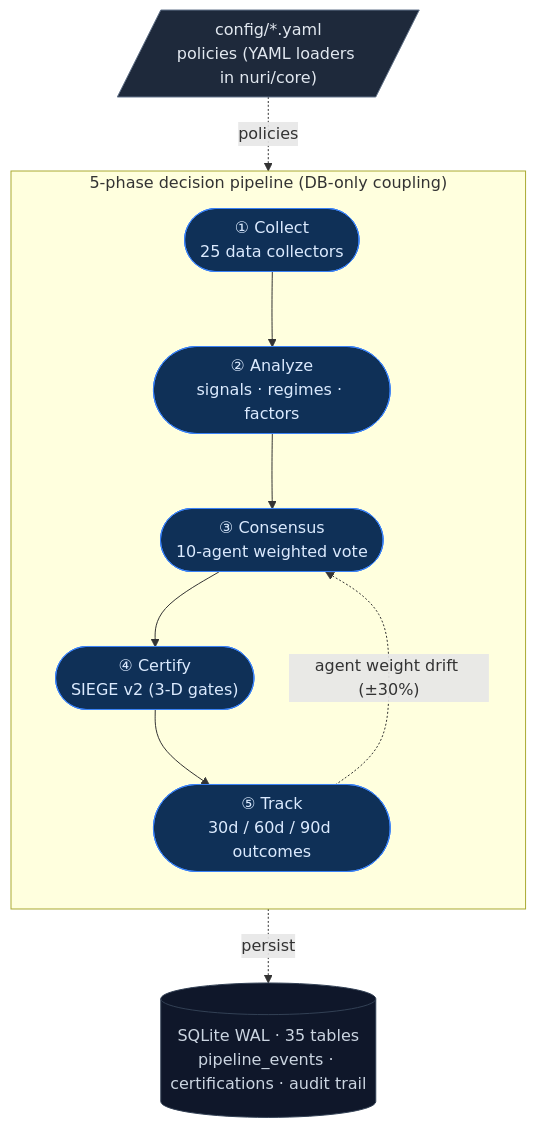
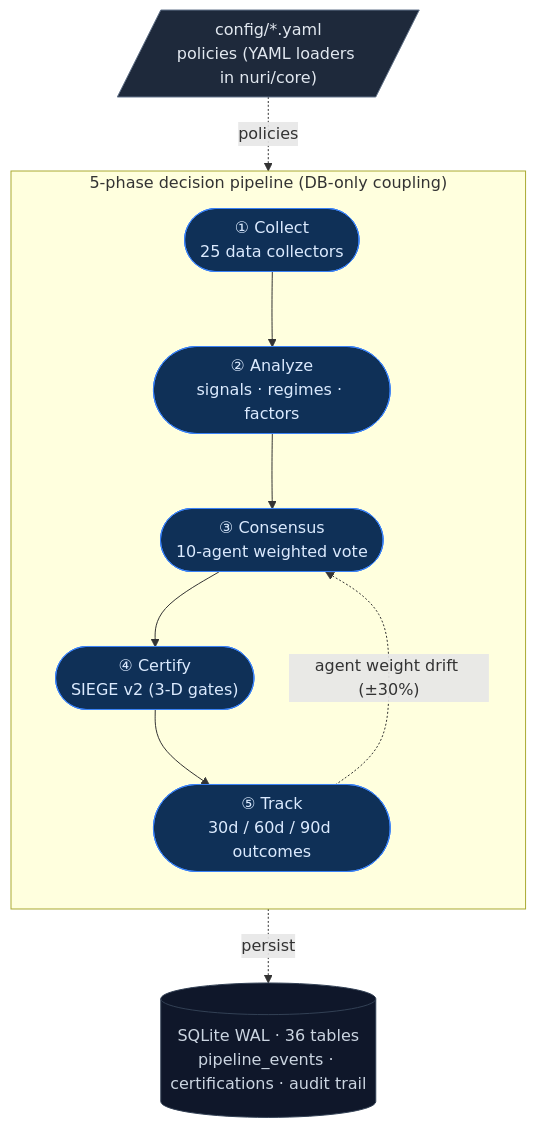
Before and after one commit to researcherhojin/nuri-quant: the diagram in README.md, drawn with Mermaid. The commit also changed 12 other files, not shown here.

````diff
--- a/README.md
+++ b/README.md
@@ -17,25 +17,25 @@
 ```mermaid
 flowchart TB
     CFG[/"config/*.yaml<br/>policies (YAML loaders in nuri/core)"/]:::source
 
     subgraph Pipeline["5-phase decision pipeline (DB-only coupling)"]
         direction TB
         A(["① Collect<br/>25 data collectors"]):::pipe
         B(["② Analyze<br/>signals · regimes · factors"]):::pipe
         C(["③ Consensus<br/>10-agent weighted vote"]):::pipe
         D(["④ Certify<br/>SIEGE v2 (3-D gates)"]):::pipe
         E(["⑤ Track<br/>30d / 60d / 90d outcomes"]):::pipe
 
         A --> B --> C --> D --> E
         E -. "agent weight drift (±30%)" .-> C
     end
 
-    DB[("SQLite WAL · 35 tables<br/>pipeline_events · certifications · audit trail")]:::sink
+    DB[("SQLite WAL · 36 tables<br/>pipeline_events · certifications · audit trail")]:::sink
 
     CFG -. policies .-> Pipeline
     Pipeline -. persist .-> DB
 
     classDef source fill:#1e293b,stroke:#64748b,color:#e2e8f0
     classDef pipe   fill:#0f3057,stroke:#3b82f6,color:#dbeafe
     classDef sink   fill:#0f172a,stroke:#334155,color:#cbd5e1
 ```
````
